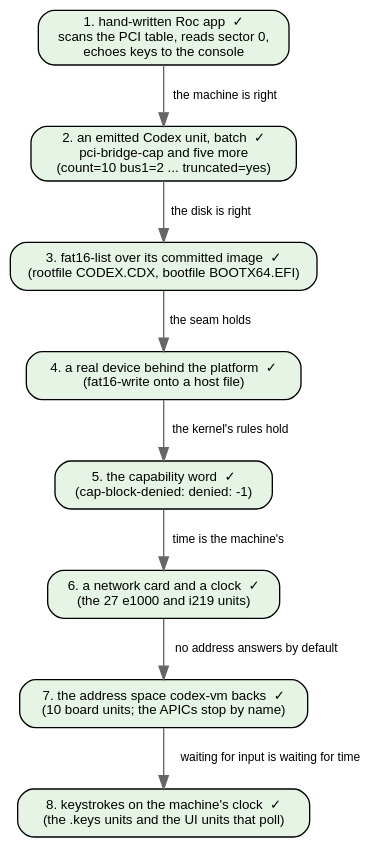
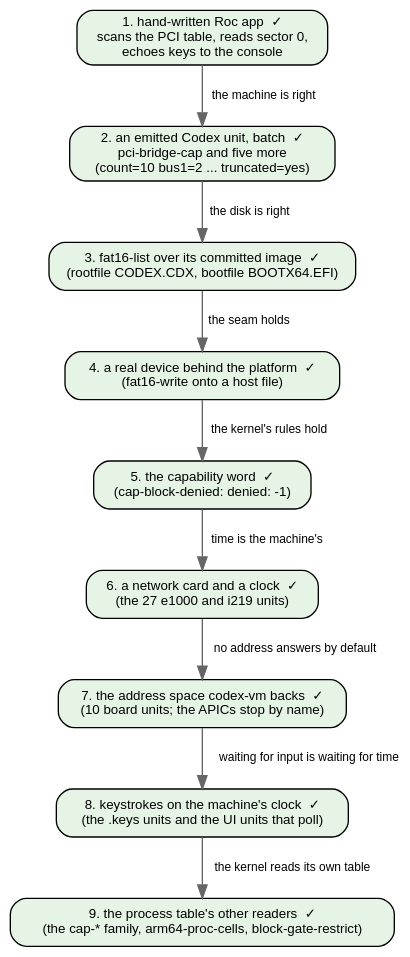
Diagram 11 of 11 in notes/roc-machine-emulator.md (showell/essay-repl-server), drawn with Graphviz before and after one commit. The commit also changed other lines of this file, not shown here.

First line of the commit message:
roc-machine-emulator: step 9, the process table's other readers

````diff
--- a/notes/roc-machine-emulator.md
+++ b/notes/roc-machine-emulator.md
@@ -691,23 +726,25 @@
 ```dot
 digraph demo {
   rankdir=TB; bgcolor="transparent";
   node [shape=box style="rounded,filled" fontname="Helvetica" fontsize=10 fillcolor="#ffffff"];
   edge [fontname="Helvetica" fontsize=9 color="#666666"];
 
   a [label="1. hand-written Roc app  ✓\nscans the PCI table, reads sector 0,\nechoes keys to the console" fillcolor="#e6f4e6"];
   b [label="2. an emitted Codex unit, batch  ✓\npci-bridge-cap and five more\n(count=10 bus1=2 ... truncated=yes)" fillcolor="#e6f4e6"];
   c [label="3. fat16-list over its committed image  ✓\n(rootfile CODEX.CDX, bootfile BOOTX64.EFI)" fillcolor="#e6f4e6"];
   d [label="4. a real device behind the platform  ✓\n(fat16-write onto a host file)" fillcolor="#e6f4e6"];
   e [label="5. the capability word  ✓\n(cap-block-denied: denied: -1)" fillcolor="#e6f4e6"];
   f [label="6. a network card and a clock  ✓\n(the 27 e1000 and i219 units)" fillcolor="#e6f4e6"];
   g [label="7. the address space codex-vm backs  ✓\n(10 board units; the APICs stop by name)" fillcolor="#e6f4e6"];
   h [label="8. keystrokes on the machine's clock  ✓\n(the .keys units and the UI units that poll)" fillcolor="#e6f4e6"];
+  i [label="9. the process table's other readers  ✓\n(the cap-* family, arm64-proc-cells, block-gate-restrict)" fillcolor="#e6f4e6"];
   a -> b [label="the machine is right"];
   b -> c [label="the disk is right"];
   c -> d [label="the seam holds"];
   d -> e [label="the kernel's rules hold"];
   e -> f [label="time is the machine's"];
   f -> g [label="no address answers by default"];
   g -> h [label="waiting for input is waiting for time"];
+  h -> i [label="the kernel reads its own table"];
 }
 ```
````
